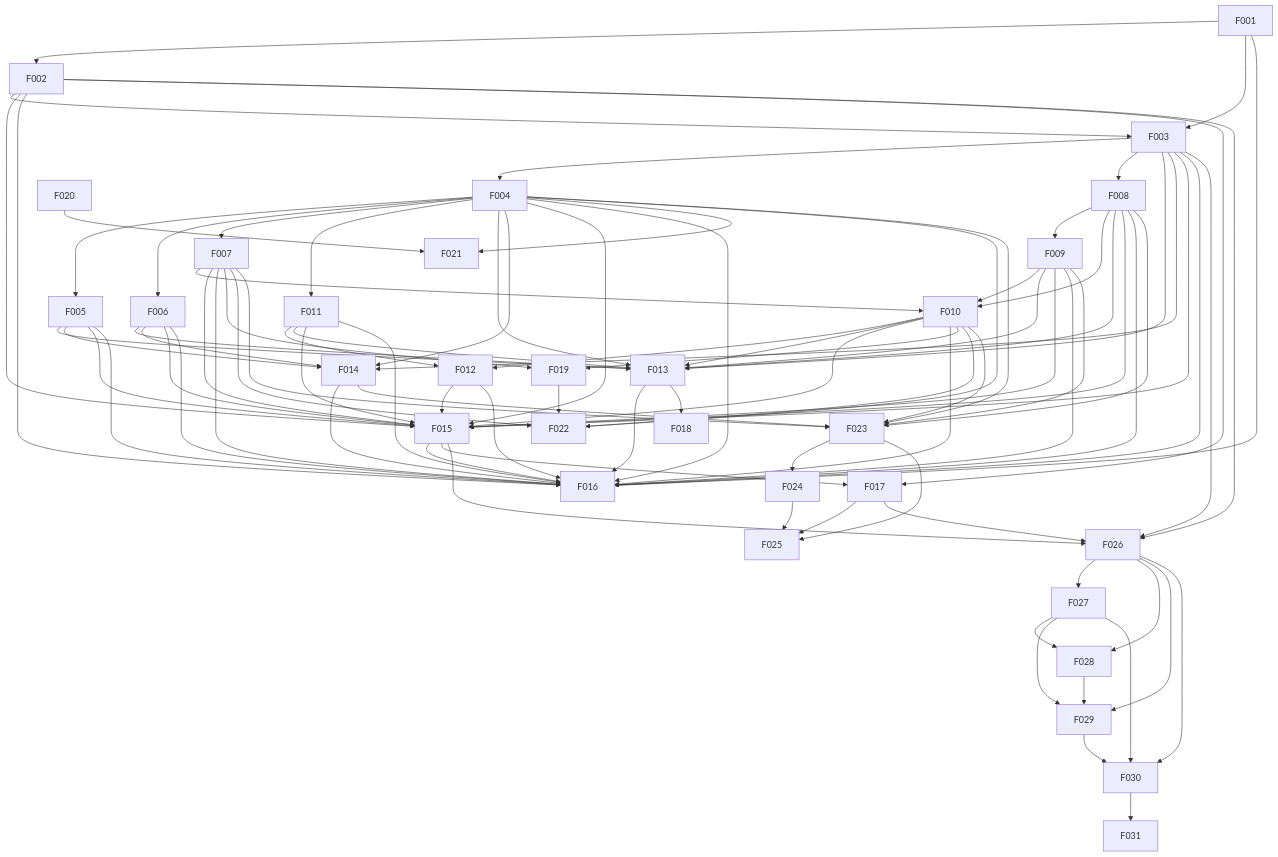
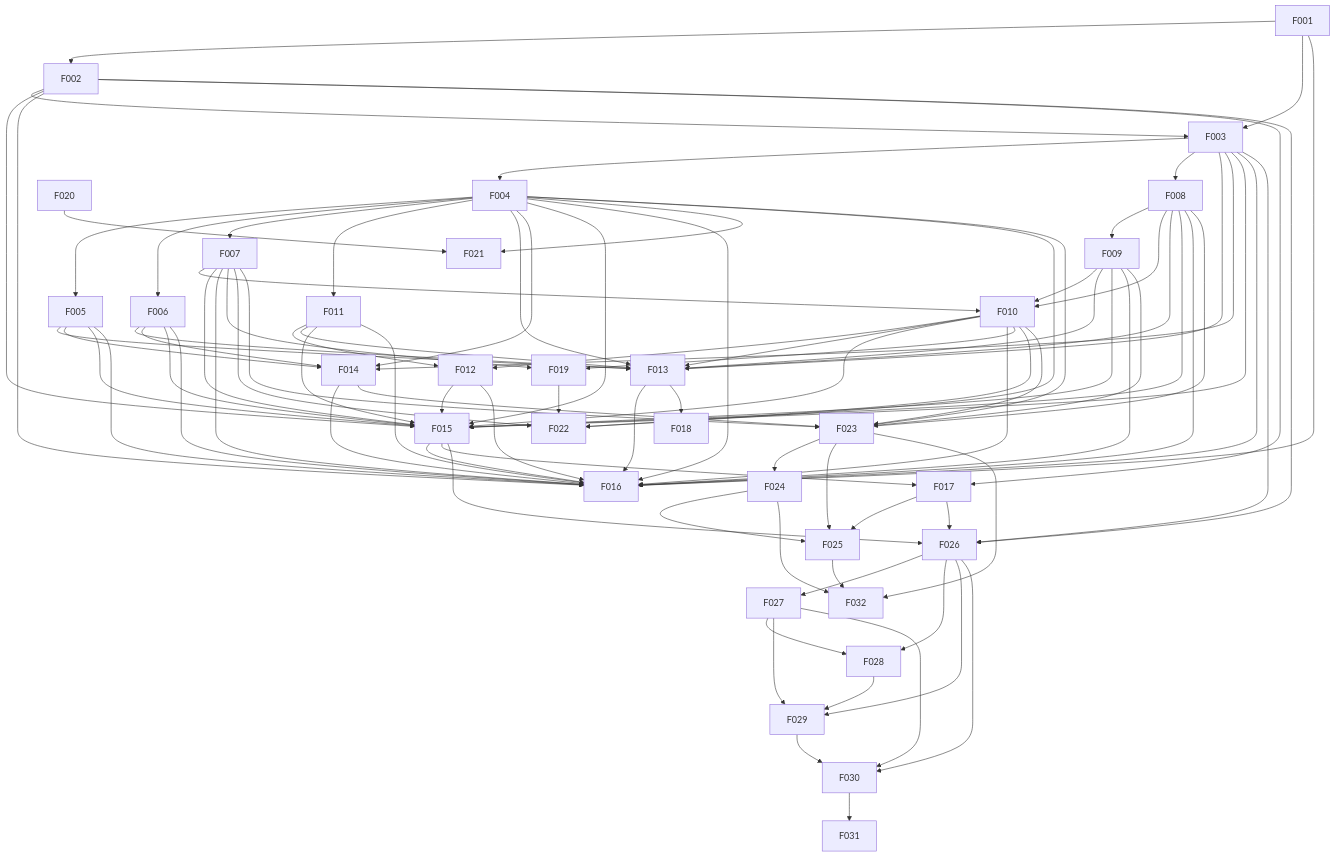
The diagram in docs/project/dependency-map.md (47oo/csm), drawn with Mermaid before and after one commit. The commit also changed other lines of this file and 3 other files, not shown here.

````diff
--- a/docs/project/dependency-map.md
+++ b/docs/project/dependency-map.md
@@ -39,6 +39,7 @@
     n28["F029"]
     n29["F030"]
     n30["F031"]
+    n31["F032"]
     n0 --> n1
     n0 --> n2
     n1 --> n2
@@ -127,4 +128,7 @@
     n26 --> n29
     n28 --> n29
     n29 --> n30
+    n22 --> n31
+    n23 --> n31
+    n24 --> n31
 ```
````
